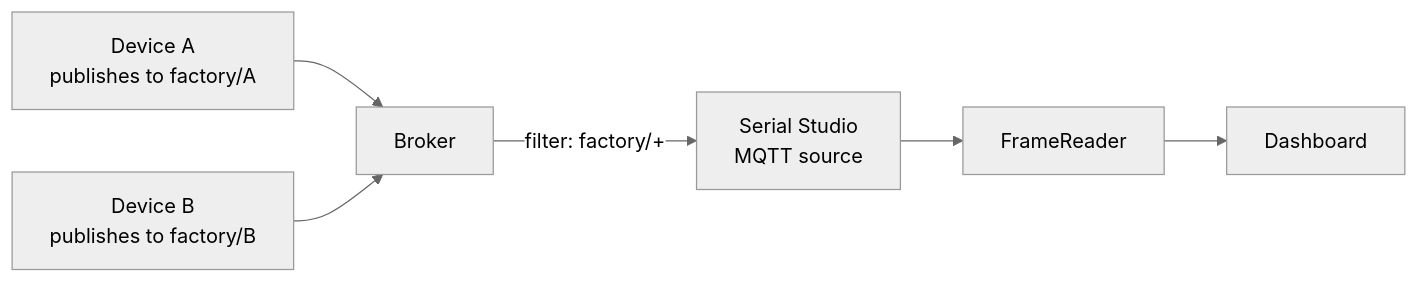
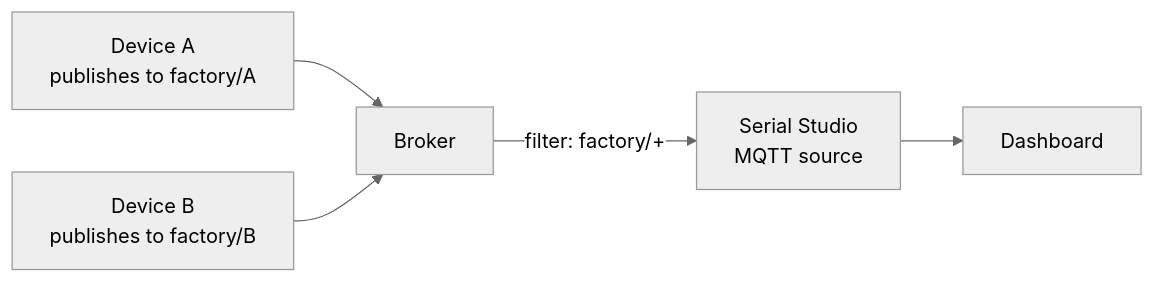
One commit to Serial-Studio/Serial-Studio changed the diagram in doc/help/Drivers-MQTT.md. Above: the diagram before and after it, drawn with Mermaid (neutral theme). The commit also changed other lines of this file and 41 other files, not shown here.

First line of the commit message:
docs(help): rework the Drivers, Data, Integration, Architecture, Support and Licensing pages

````diff
--- a/doc/help/Drivers-MQTT.md
+++ b/doc/help/Drivers-MQTT.md
@@ -13,8 +35,7 @@
 ```mermaid
 flowchart LR
     Dev1["Device A<br/>publishes to factory/A"] --> Broker
     Dev2["Device B<br/>publishes to factory/B"] --> Broker
     Broker -- "filter: factory/+" --> SS["Serial Studio<br/>MQTT source"]
-    SS --> FR["FrameReader"]
-    FR --> Dash["Dashboard"]
+    SS --> Dash["Dashboard"]
 ```
````
